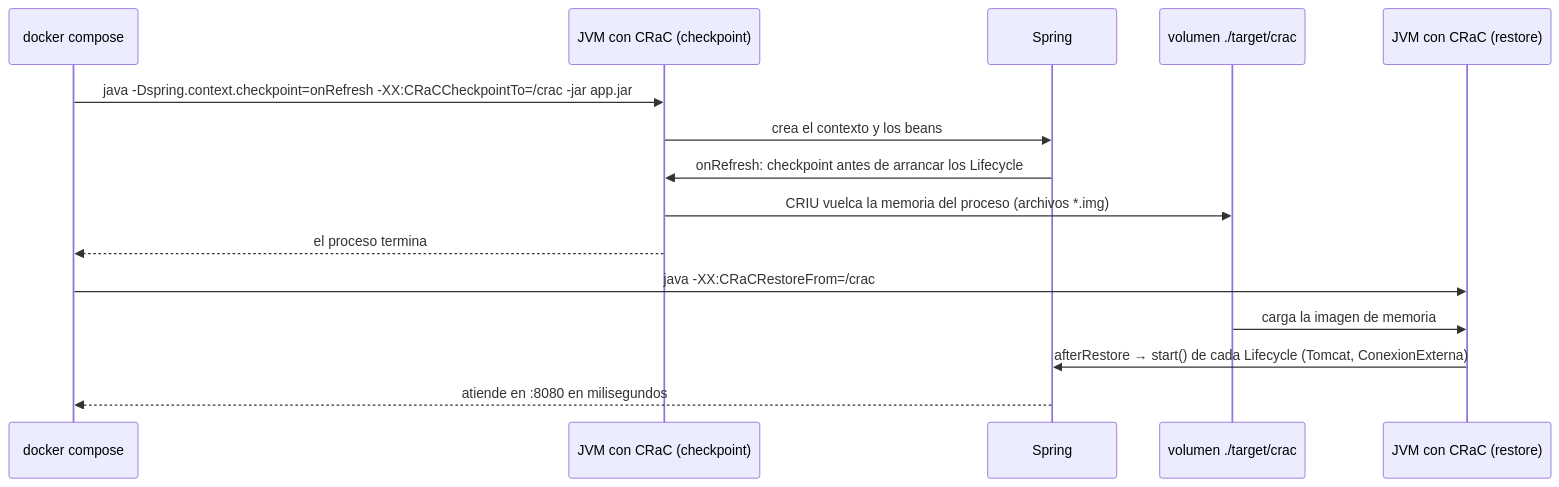
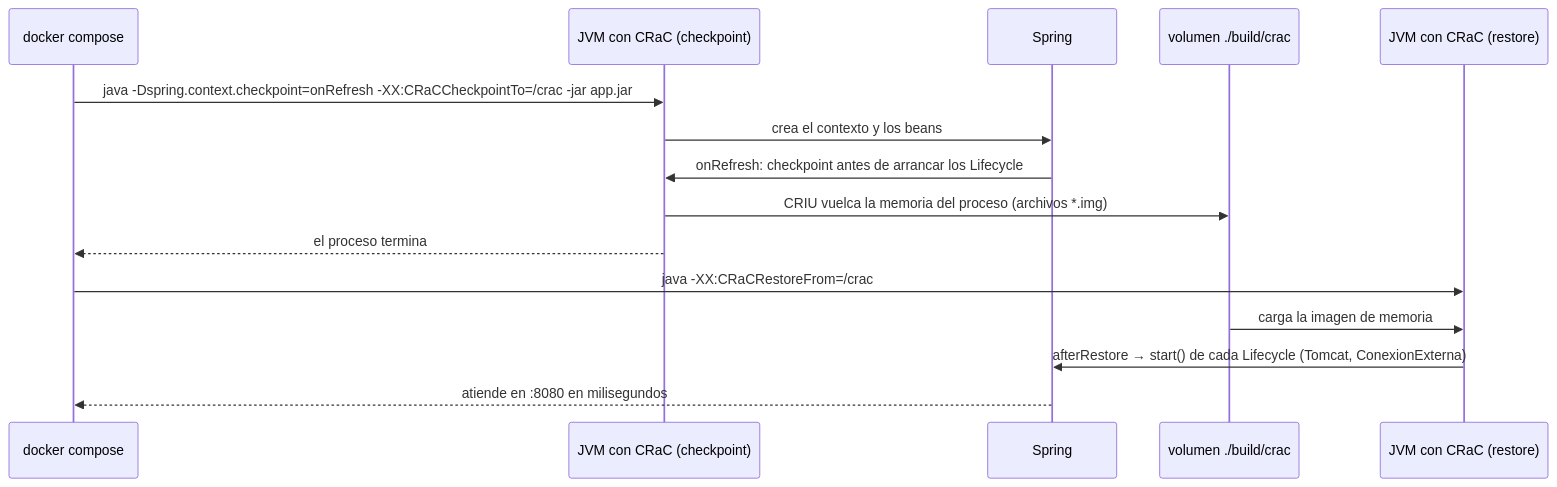
Before and after one commit to NICORUIZ93/The_Imperial_Book: the eighth of 9 diagrams in web/public/content/microservices/modulo-5.md, drawn with Mermaid. The commit also changed other lines of this file and 346 other files, not shown here.

````diff
--- a/web/public/content/microservices/modulo-5.md
+++ b/web/public/content/microservices/modulo-5.md
@@ -2649,17 +2768,17 @@
 ```mermaid
 sequenceDiagram
     participant D as docker compose
     participant J1 as JVM con CRaC (checkpoint)
     participant S as Spring
-    participant V as volumen ./target/crac
+    participant V as volumen ./build/crac
     participant J2 as JVM con CRaC (restore)
     D->>J1: java -Dspring.context.checkpoint=onRefresh -XX:CRaCCheckpointTo=/crac -jar app.jar
     J1->>S: crea el contexto y los beans
     S->>J1: onRefresh: checkpoint antes de arrancar los Lifecycle
     J1->>V: CRIU vuelca la memoria del proceso (archivos *.img)
     J1-->>D: el proceso termina
     D->>J2: java -XX:CRaCRestoreFrom=/crac
     V->>J2: carga la imagen de memoria
     J2->>S: afterRestore → start() de cada Lifecycle (Tomcat, ConexionExterna)
     S-->>D: atiende en :8080 en milisegundos
 ```
````
